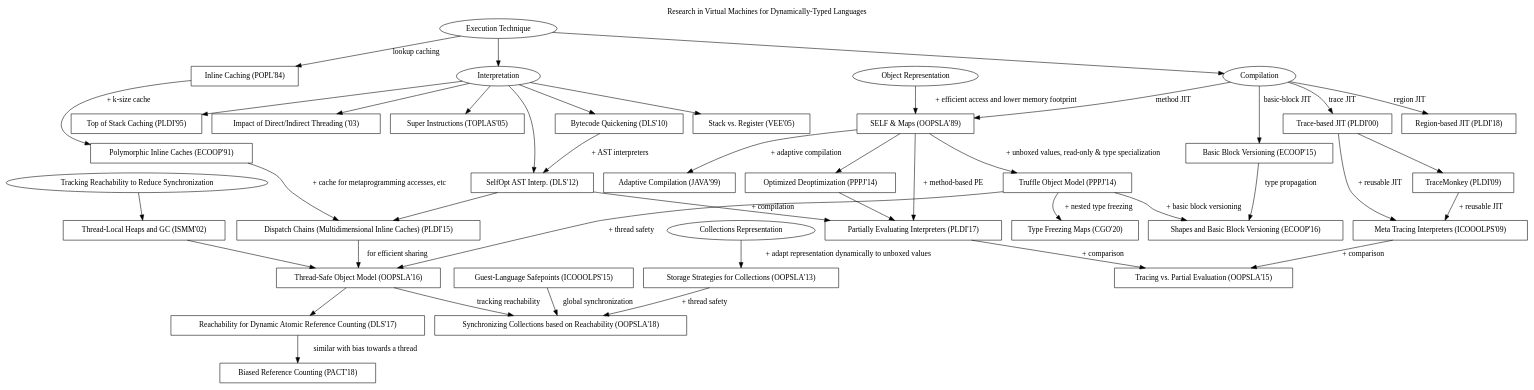
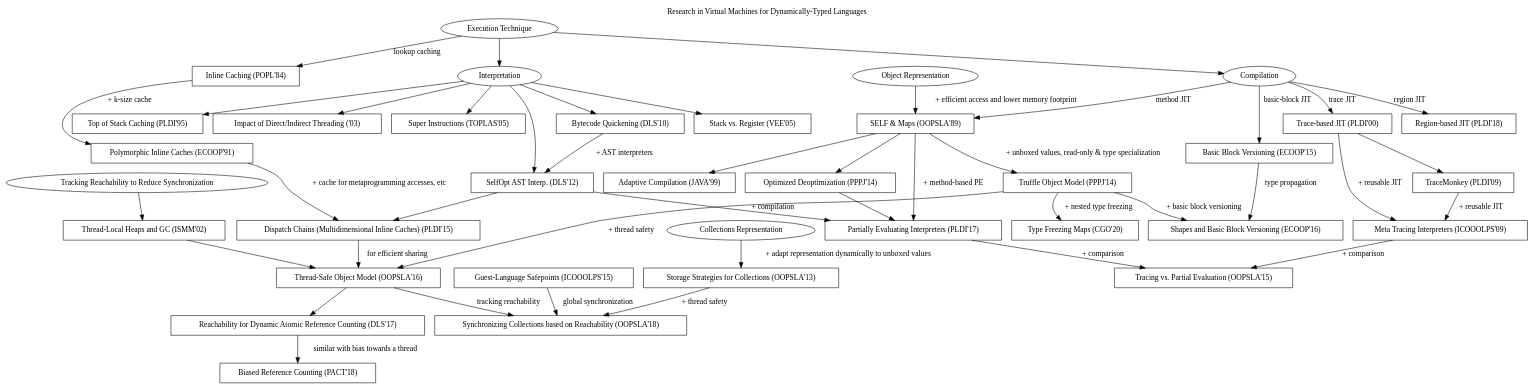
One commit to eregon/virtual-machines-research-graph changed the diagram in graph.dot. Above: the diagram before and after it, drawn with Graphviz.

Commit message:
Remove redundant edge label

```diff
--- a/graph.dot
+++ b/graph.dot
@@ -1,170 +1,170 @@
 digraph G {
   label = "Research in Virtual Machines for Dynamically-Typed Languages"
   labelloc = "t"
   node [shape = "box"]
 
   # Nodes
   pic [label = "Polymorphic Inline Caches (ECOOP'91)",
        tooltip = "Optimizing Dynamically-Typed Object-Oriented Languages With Polymorphic Inline Caches",
        URL = "http://bibliography.selflanguage.org/_static/pics.pdf"]
   mpic [label = "Dispatch Chains (Multidimensional Inline Caches) (PLDI'15)",
         tooltip = "Zero-Overhead Metaprogramming; Reflection and Metaobject Protocols Fast and without Compromises",
         URL = "https://stefan-marr.de/downloads/pldi15-marr-et-al-zero-overhead-metaprogramming.pdf"]
 
   om [label = "Object Representation", shape="oval"]
   maps [label = "SELF & Maps (OOPSLA'89)",
         tooltip = "An Efficient Implementation of SELF a Dynamically-Typed Object-Oriented Language Based on Prototypes",
         URL = "http://www.selflanguage.org/_static/published/implementation.pdf"]
   tosm [label = "Truffle Object Model (PPPJ'14)",
         tooltip = "An Object Storage Model for the Truffle Language Implementation Framework",
         URL = "https://chrisseaton.com/rubytruffle/pppj14-om/pppj14-om.pdf"]
   tso [label = "Thread-Safe Object Model (OOPSLA'16)",
        tooltip = "Efficient and Thread-Safe Objects for Dynamically-Typed Languages",
        URL = "https://eregon.me/blog/assets/research/thread-safe-objects.pdf"]
 
   glsp [label = "Guest-Language Safepoints (ICOOOLPS'15)",
         tooltip = "Techniques and Applications for Guest-Language Safepoints",
         URL = "https://eregon.me/blog/assets/research/guest-language-safepoints.pdf"]
 
   freezing [label = "Type Freezing Maps (CGO'20)",
             tooltip = "Type Freezing: Exploiting Attribute Type Monomorphism in Tracing JIT Compilers",
             URL = "https://doi.org/10.1145/3368826.3377907"]
   shapesAndBBV [label = "Shapes and Basic Block Versioning (ECOOP'16)",
                 tooltip = "Interprocedural Type Specialization of JavaScript Programs Without Type Analysis",
                 URL = "https://drops.dagstuhl.de/opus/volltexte/2016/6101/pdf/LIPIcs-ECOOP-2016-7.pdf"]
 
   collections [label = "Collections Representation", shape="oval"]
   ss [label = "Storage Strategies for Collections (OOPSLA'13)",
       tooltip = "Storage Strategies for Collections in Dynamically Typed Languages",
       URL = "https://tratt.net/laurie/research/pubs/html/bolz_diekmann_tratt__storage_strategies_for_collections_in_dynamically_typed_languages/"]
   tsc [label = "Synchronizing Collections based on Reachability (OOPSLA'18)",
        tooltip = "Parallelization of Dynamic Languages: Synchronizing Built-in Collections",
        URL = "https://eregon.me/blog/assets/research/thread-safe-collections.pdf"]
 
   reachability [label = "Tracking Reachability to Reduce Synchronization", shape="oval"]
   domani [label = "Thread-Local Heaps and GC (ISMM'02)",
           tooltip = "Thread-Local Heaps for Java",
           URL = "http://citeseerx.ist.psu.edu/viewdoc/download?doi=10.1.1.63.5846&amp;rep=rep1&amp;type=pdf"]
   rarc [label = "Reachability for Dynamic Atomic Reference Counting (DLS'17)",
         tooltip = "Dynamic Atomicity: Optimizing Swift Memory Management",
         URL = "https://dl.acm.org/doi/10.1145/3133841.3133843"]
   brc [label = "Biased Reference Counting (PACT'18)",
        tooltip = "Biased Reference Counting: Minimizing Atomic Operations in Garbage Collection",
        URL = "https://iacoma.cs.uiuc.edu/iacoma-papers/pact18.pdf"]
 
   exe [label = "Execution Technique", shape="oval"]
   interp [label = "Interpretation", shape="oval"]
   compilation [label = "Compilation", shape="oval"]
   stackVsReg [label = "Stack vs. Register (VEE'05)",
        tooltip = "Virtual Machine Showdown: Stack Versus Registers",
        URL = "https://www.usenix.org/legacy/events%2Fvee05%2Ffull_papers/p153-yunhe.pdf"]
   topOfStack [label = "Top of Stack Caching (PLDI'95)",
        tooltip = "Stack Caching for Interpreters",
        URL = "http://www2.cs.arizona.edu/~collberg/Teaching/553/2011/Resources/ertl94sc.pdf"]
   directIndirect [label = "Impact of Direct/Indirect Threading ('03)",
        tooltip = "The Structure and Performance of Efficient Interpreters",
        URL = "https://www.jilp.org/vol5/v5paper12.pdf"]
   selfOptAst [label = "SelfOpt AST Interp. (DLS'12)",
        tooltip = "Self-Optimizing AST Interpreters",
        URL = "http://lafo.ssw.uni-linz.ac.at/papers/2012_DLS_SelfOptimizingASTInterpreters.pdf"]
   superInstructions [label = "Super Instructions (TOPLAS'05)",
        tooltip = "Optimizing Indirect Branch Prediction Accuracy in Virtual Machine Interpreters",
        URL = "https://www.scss.tcd.ie/David.Gregg/papers/toplas05.pdf"]
   quickening [label = "Bytecode Quickening (DLS'10)",
        tooltip = "Efficient Interpretation Using Quickening",
        URL = "https://publications.sba-research.org/publications/dls10.pdf"]
 
   inlineCaching [label = "Inline Caching (POPL'84)",
        tooltip = "Efficient Implementation of the Smalltalk-80 System",
        URL = "http://web.cs.ucla.edu/~palsberg/course/cs232/papers/DeutschSchiffman-popl84.pdf"]
 
 
   adaptiveJit [label = "Adaptive Compilation (JAVA'99)",
        tooltip = "The Jalapeño Dynamic Optimizing Compiler for Java",
        URL = "https://pdfs.semanticscholar.org/8738/ba4b09cac68ad1ab7d036a6d5e40a17ee2c7.pdf"]
 
   regionBased [label = "Region-based JIT (PLDI'18)",
        tooltip = "HHVM JIT: A Profile-guided, Region-based Compiler for PHP and Hack",
        URL = "https://research.fb.com/wp-content/uploads/2018/04/hhvm-jit-a-profile-guided-region-based-compiler-for-php-and-hack.pdf"]
   traceBased [label = "Trace-based JIT (PLDI'00)",
        tooltip = "Dynamo: A Transparent Dynamic Optimization System",
        URL = "https://www.complang.tuwien.ac.at/andi/bala.pdf"]
   traceMonkey [label = "TraceMonkey (PLDI'09)",
        tooltip = "Trace-based Just-in-time Type Specialization for Dynamic Languages",
        URL = "http://dept.cs.williams.edu/~freund/cs434/gal-trace.pdf"]
 
 
   basicBlockVersioning [label = "Basic Block Versioning (ECOOP'15)",
        tooltip = "Simple and Effective Type Check Removal through Lazy Basic Block Versioning",
        URL = "https://drops.dagstuhl.de/opus/volltexte/2015/5219/pdf/9.pdf"]
 
 
 
 metaTracing [label = "Meta Tracing Interpreters (ICOOOLPS'09)",
        tooltip = "Tracing the Meta-level: PyPy's Tracing JIT Compiler",
        URL = "https://citeseerx.ist.psu.edu/viewdoc/download?doi=10.1.1.1023.9117&amp;rep=rep1&amp;type=pdf"]
 partialEvaluation [label = "Partially Evaluating Interpreters (PLDI'17)",
        tooltip = "Practical Partial Evaluation for High-performance Dynamic Language Runtimes",
        URL = "https://chrisseaton.com/rubytruffle/pldi17-truffle/pldi17-truffle.pdf"]
 MTvsPE [label = "Tracing vs. Partial Evaluation (OOPSLA'15)",
        tooltip = "Tracing vs. Partial Evaluation: Comparing Meta-Compilation Approaches for Self-Optimizing Interpreters",
        URL = "http://stefan-marr.de/downloads/oopsla15-marr-ducasse-meta-tracing-vs-partial-evaluation.pdf"]
 optDeopt [label = "Optimized Deoptimization (PPPJ'14)",
        tooltip = "Speculation Without Regret: Reducing Deoptimization Meta-data in the Graal Compiler",
        URL = "http://www.ssw.uni-linz.ac.at/General/Staff/GD/PPPJ-2014-duboscq-29.pdf"]
 
 
   # Edges
   inlineCaching -> pic [label = "+ k-size cache"]
   pic -> mpic [label = "+ cache for metaprogramming accesses, etc"]
   mpic -> tso [label = "for efficient sharing"]
 
   om -> maps [label = "+ efficient access and lower memory footprint"]
   maps -> tosm [label = "+ unboxed values, read-only & type specialization"]
   tosm -> tso [label = "+ thread safety"]
   tosm -> shapesAndBBV [label = "+ basic block versioning"]
   tosm -> freezing [label = "+ nested type freezing"]
   tso -> rarc
   rarc -> brc [label = "similar with bias towards a thread"]
 
   reachability -> domani
   domani -> tso
 
   tso -> tsc [label = "tracking reachability"]
   glsp -> tsc [label = "global synchronization"]
   collections -> ss [label = "+ adapt representation dynamically to unboxed values"]
   ss -> tsc [label = "+ thread safety"]
 
   exe -> inlineCaching [label = "lookup caching"]
 
   exe -> interp
   interp -> directIndirect
   interp -> stackVsReg
   interp -> topOfStack
   interp -> superInstructions
   interp -> selfOptAst
   interp -> quickening
   quickening -> selfOptAst [label = "+ AST interpreters"]
   exe -> compilation
   compilation -> maps [label = "method JIT"]
   compilation -> regionBased [label = "region JIT"]
   compilation -> traceBased [label = "trace JIT"]
   compilation -> basicBlockVersioning [label = "basic-block JIT"]
   basicBlockVersioning -> shapesAndBBV [label = "type propagation"]
   traceBased -> traceMonkey
-  maps -> adaptiveJit [label = "+ adaptive compilation"]
+  maps -> adaptiveJit
 
   traceBased -> metaTracing [label = "+ reusable JIT"]
   traceMonkey -> metaTracing [label = "+ reusable JIT"]
 
   maps -> partialEvaluation [label = "+ method-based PE"]
   selfOptAst -> partialEvaluation [label = "+ compilation"]
 
   selfOptAst -> mpic
 
   metaTracing -> MTvsPE [label = "+ comparison"]
   partialEvaluation -> MTvsPE [label = "+ comparison"]
 
   maps -> optDeopt
   optDeopt -> partialEvaluation
 }
```
